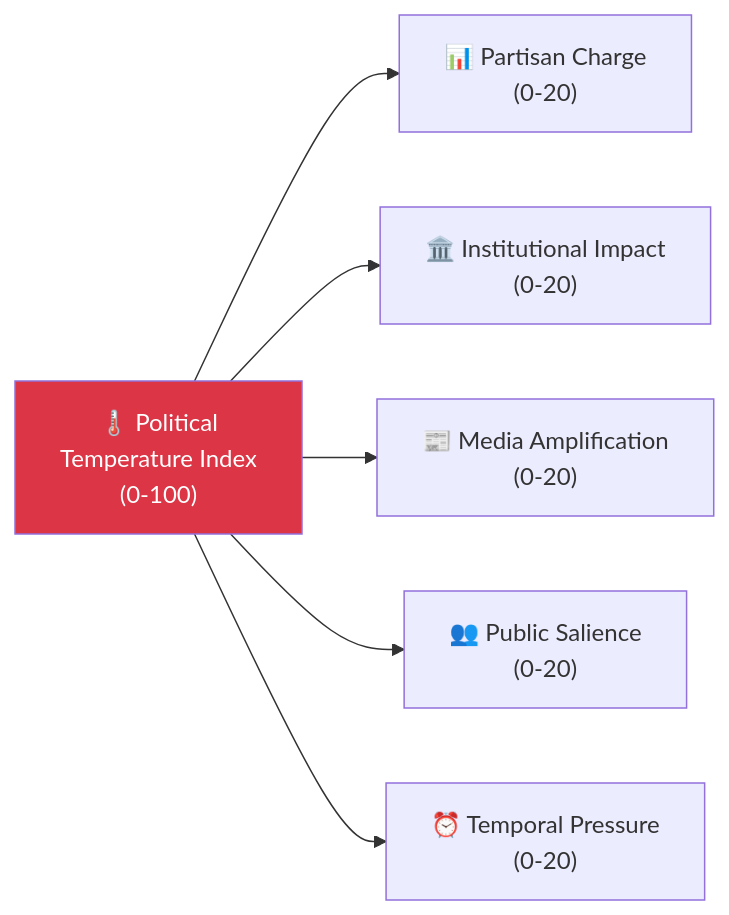
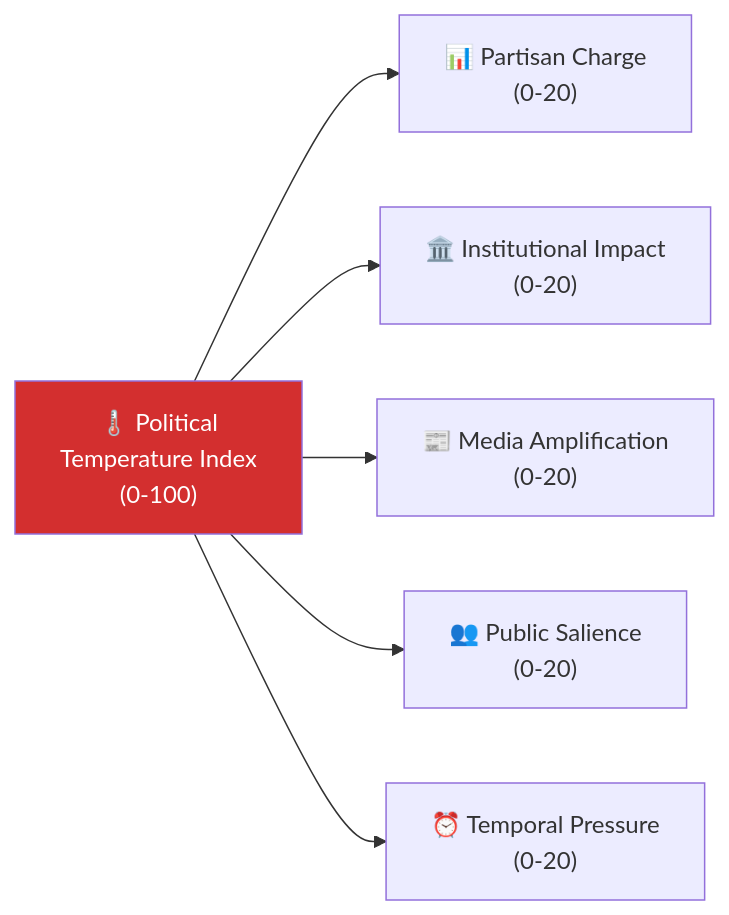
The second of 5 diagrams in analysis/methodologies/political-classification-guide.md (Hack23/riksdagsmonitor), drawn with Mermaid before and after one commit. The commit also changed other lines of this file and 14 other files, not shown here.

First line of the commit message:
Align analysis/ mermaid diagrams with ISMS Style Guide palette and convert SWOT to quadrantChart

````diff
--- a/analysis/methodologies/political-classification-guide.md
+++ b/analysis/methodologies/political-classification-guide.md
@@ -288,11 +288,11 @@
 ```mermaid
 graph LR
     PTI["🌡️ Political<br/>Temperature Index<br/>(0-100)"]
     PTI --> P1["📊 Partisan Charge<br/>(0-20)"]
     PTI --> P2["🏛️ Institutional Impact<br/>(0-20)"]
     PTI --> P3["📰 Media Amplification<br/>(0-20)"]
     PTI --> P4["👥 Public Salience<br/>(0-20)"]
     PTI --> P5["⏰ Temporal Pressure<br/>(0-20)"]
 
-    style PTI fill:#dc3545,color:#fff
+    style PTI fill:#D32F2F,color:#FFFFFF
 ```
````
